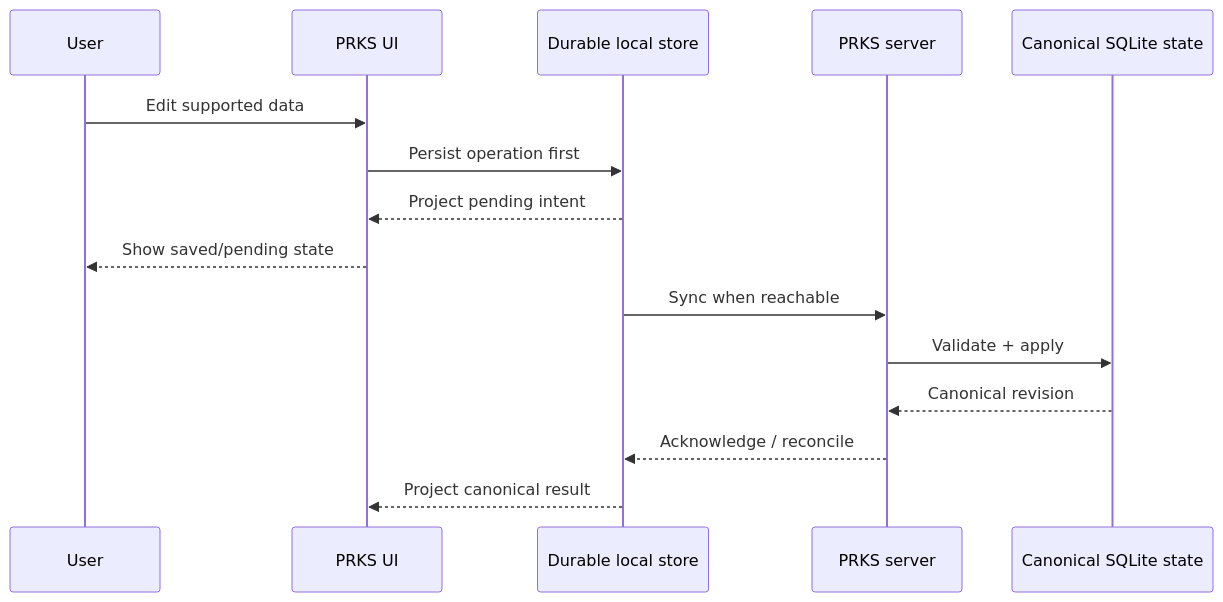
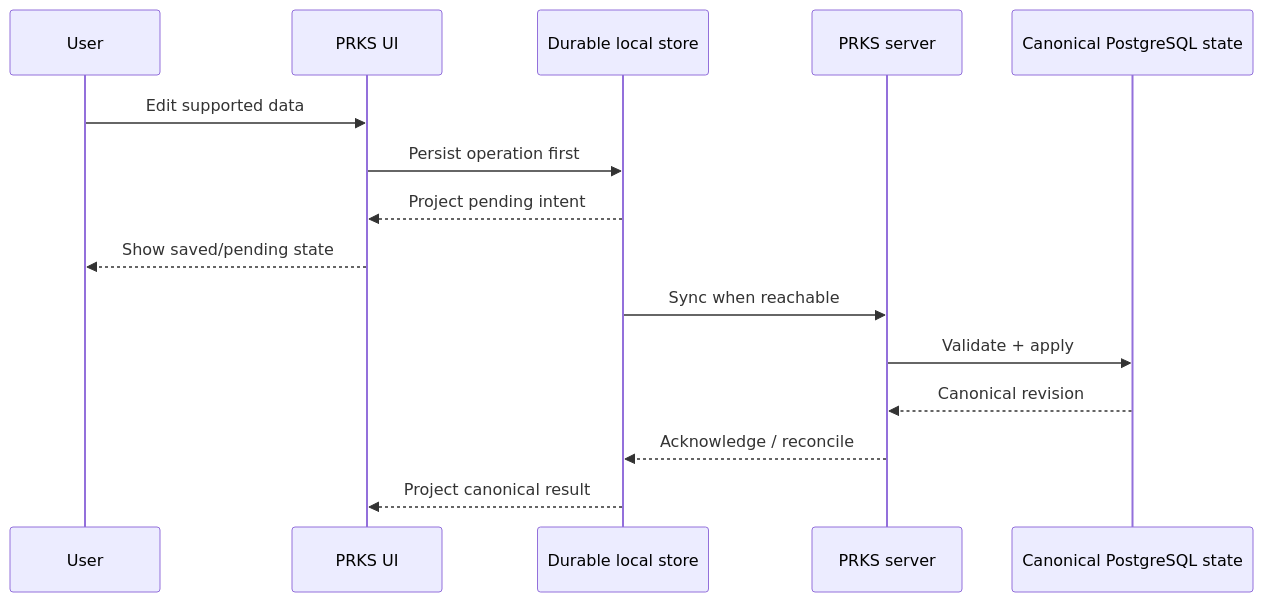
The diagram in docs/wiki/Offline-and-Sync.md (Fooftilly/PRKS), drawn with Mermaid before and after one commit. The commit also changed 23 other files, not shown here.

First line of the commit message:
Describe PostgreSQL as the only Library backend in docs and AGENTS.md (PG-C2 #641)

````diff
--- a/docs/wiki/Offline-and-Sync.md
+++ b/docs/wiki/Offline-and-Sync.md
@@ -5,18 +5,18 @@
 ```mermaid
 sequenceDiagram
     participant U as User
     participant UI as PRKS UI
     participant L as Durable local store
     participant S as PRKS server
-    participant DB as Canonical SQLite state
+    participant DB as Canonical PostgreSQL state
 
     U->>UI: Edit supported data
     UI->>L: Persist operation first
     L-->>UI: Project pending intent
     UI-->>U: Show saved/pending state
     L->>S: Sync when reachable
     S->>DB: Validate + apply
     DB-->>S: Canonical revision
     S-->>L: Acknowledge / reconcile
     L-->>UI: Project canonical result
 ```
````
